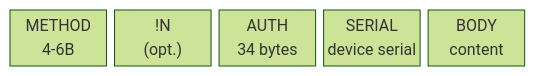
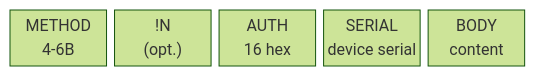
The diagram in TagoTiP.md (tago-io/tagotip), drawn with Mermaid (forest theme) before and after one commit. The commit also changed other lines of this file and 3 other files, not shown here.

````diff
--- a/TagoTiP.md
+++ b/TagoTiP.md
@@ -37,9 +37,9 @@
 ```mermaid
 block-beta
   columns 5
   METHOD["METHOD\n4-6B"]:1
   N["!N\n(opt.)"]:1
-  AUTH["AUTH\n34 bytes"]:1
+  AUTH["AUTH\n16 hex"]:1
   SERIAL["SERIAL\ndevice serial"]:1
   BODY["BODY\ncontent"]:1
 ```
````
